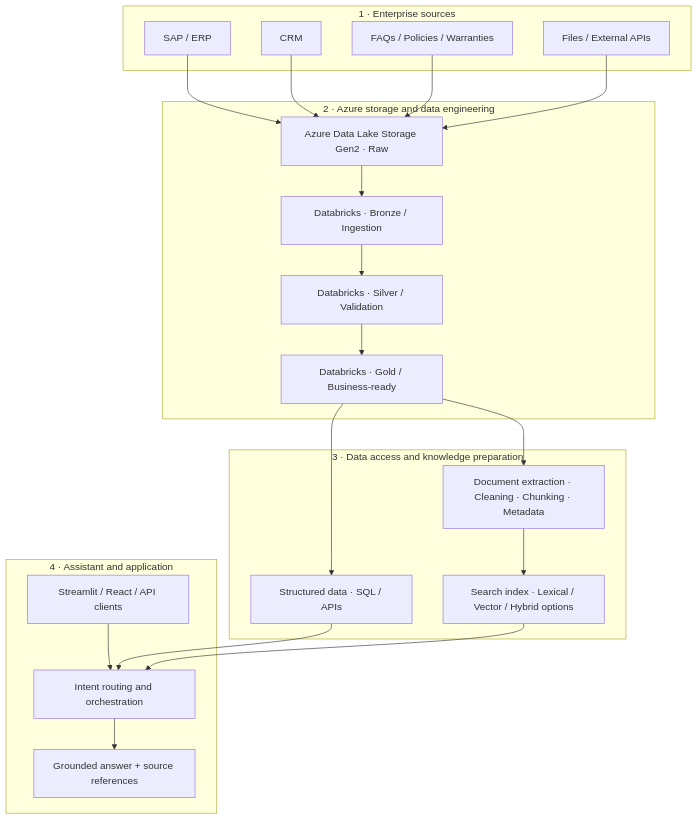
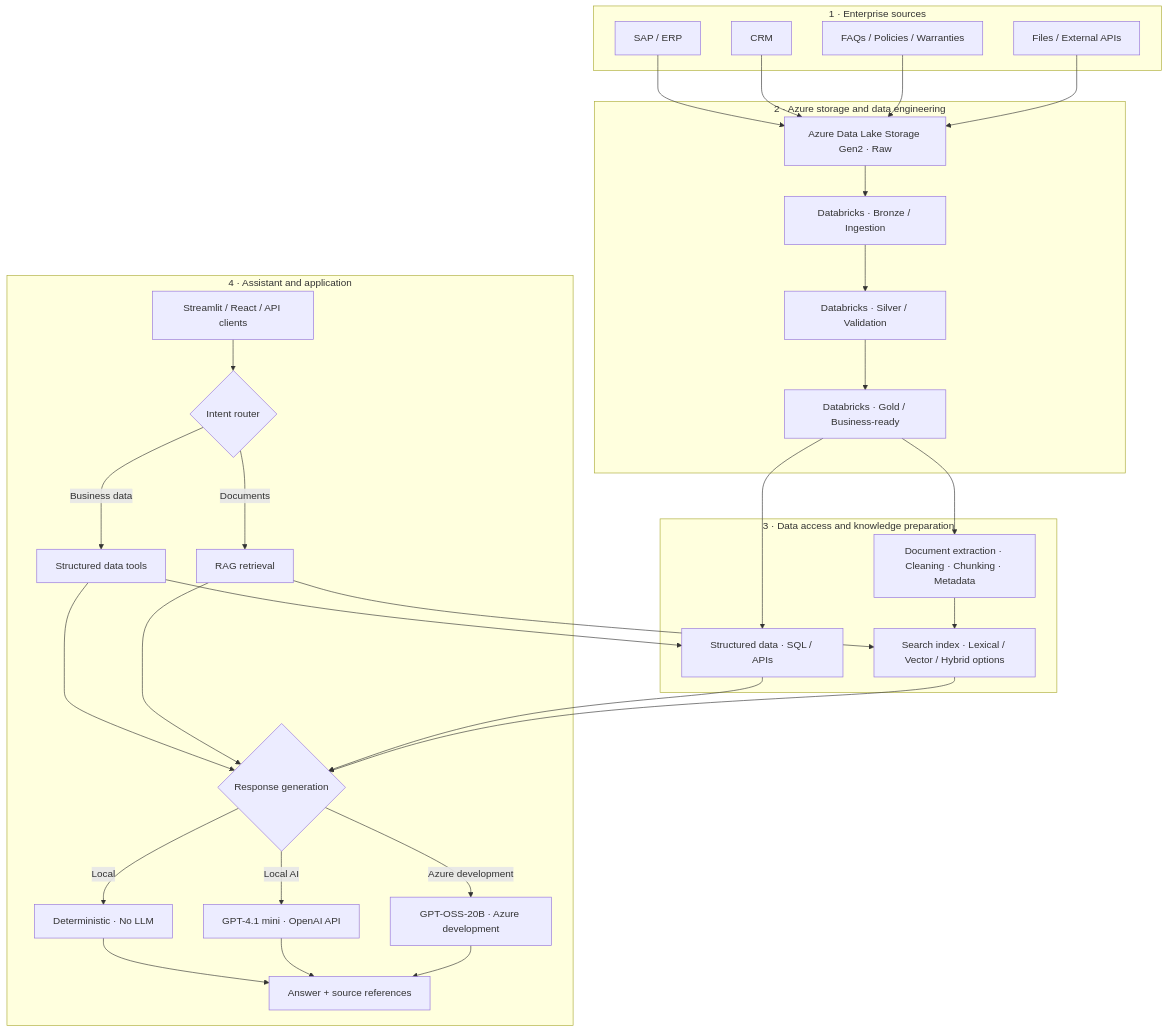
One commit to cartelleF/enterprise-omnichannel-ai-assistant changed the first of 2 diagrams in README.md. Above: the diagram before and after it, drawn with Mermaid. The commit also changed other lines of this file, not shown here.

Commit message:
docs: clarify local and Azure LLM architecture

````diff
--- a/README.md
+++ b/README.md
@@ -21,41 +21,59 @@
 ```mermaid
 flowchart TB
     subgraph S["1 · Enterprise sources"]
       SAP["SAP / ERP"]
       CRM["CRM"]
       DOC["FAQs / Policies / Warranties"]
       EXT["Files / External APIs"]
     end
 
     subgraph ING["2 · Azure storage and data engineering"]
       LAKE["Azure Data Lake Storage Gen2 · Raw"]
       BR["Databricks · Bronze / Ingestion"]
       SI["Databricks · Silver / Validation"]
       GO["Databricks · Gold / Business-ready"]
       LAKE --> BR --> SI --> GO
     end
 
     subgraph K["3 · Data access and knowledge preparation"]
       SQL["Structured data · SQL / APIs"]
       PREP["Document extraction · Cleaning · Chunking · Metadata"]
       IDX["Search index · Lexical / Vector / Hybrid options"]
       PREP --> IDX
     end
 
     subgraph A["4 · Assistant and application"]
       UI["Streamlit / React / API clients"]
-      ROUTE["Intent routing and orchestration"]
-      RESP["Grounded answer + source references"]
+      ROUTE{"Intent router"}
+      TOOL["Structured data tools"]
+      RAG["RAG retrieval"]
+      MODE{"Response generation"}
+      DET["Deterministic · No LLM"]
+      MINI["GPT-4.1 mini · OpenAI API"]
+      OSS["GPT-OSS-20B · Azure development"]
+      RESP["Answer + source references"]
+
       UI --> ROUTE
+      ROUTE -->|"Business data"| TOOL
+      ROUTE -->|"Documents"| RAG
+      TOOL --> MODE
+      RAG --> MODE
+      MODE -->|"Local"| DET
+      MODE -->|"Local AI"| MINI
+      MODE -->|"Azure development"| OSS
+      DET --> RESP
+      MINI --> RESP
+      OSS --> RESP
     end
 
     SAP --> LAKE
     CRM --> LAKE
     DOC --> LAKE
     EXT --> LAKE
     GO --> SQL
     GO --> PREP
-    SQL --> ROUTE
-    IDX --> ROUTE
-    ROUTE --> RESP
+    TOOL --> SQL
+    SQL --> MODE
+    RAG --> IDX
+    IDX --> MODE
 ```
````
